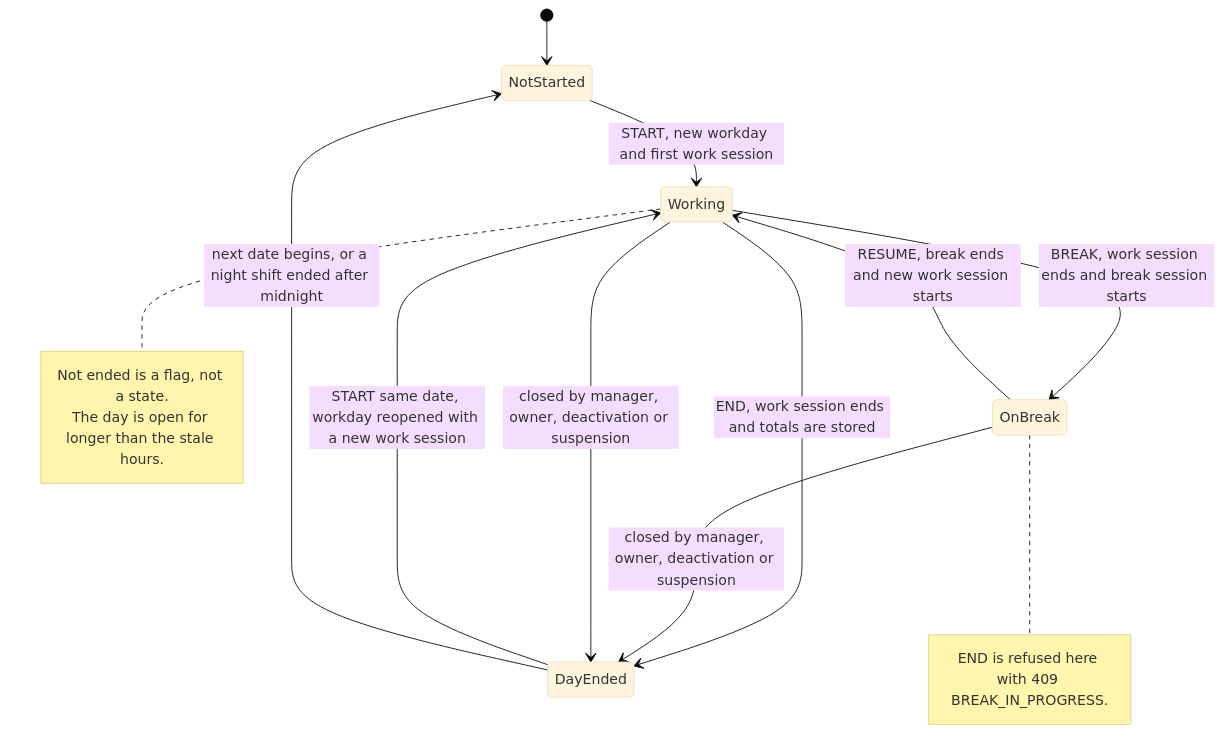
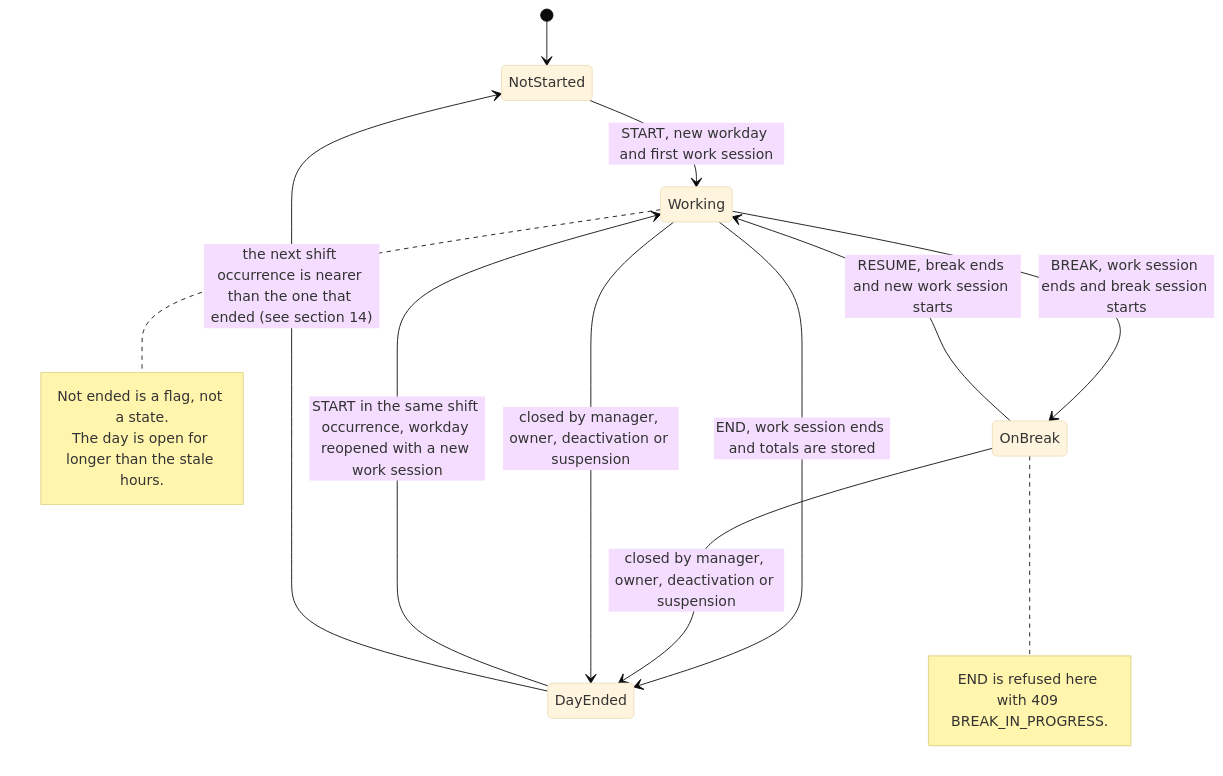
The third of 19 diagrams in references/FLOW-JurisTrack.md (amitjurislpo/juris-track), drawn with Mermaid (base theme) before and after one commit. The commit also changed other lines of this file and 51 other files, not shown here.

Commit message:
Shifts: shift definitions, assignments, roster, night-shift attribution, extra hours (v2.0)

````diff
--- a/references/FLOW-JurisTrack.md
+++ b/references/FLOW-JurisTrack.md
@@ -134,19 +135,19 @@
 ```mermaid
 stateDiagram-v2
     [*] --> NotStarted
     NotStarted --> Working: START, new workday and first work session
     Working --> OnBreak: BREAK, work session ends and break session starts
     OnBreak --> Working: RESUME, break ends and new work session starts
     Working --> DayEnded: END, work session ends and totals are stored
-    DayEnded --> Working: START same date, workday reopened with a new work session
+    DayEnded --> Working: START in the same shift occurrence, workday reopened with a new work session
     OnBreak --> DayEnded: closed by manager, owner, deactivation or suspension
     Working --> DayEnded: closed by manager, owner, deactivation or suspension
-    DayEnded --> NotStarted: next date begins, or a night shift ended after midnight
+    DayEnded --> NotStarted: the next shift occurrence is nearer than the one that ended (see section 14)
     note right of Working
         Not ended is a flag, not a state.
         The day is open for longer than the stale hours.
     end note
     note right of OnBreak
         END is refused here with 409 BREAK_IN_PROGRESS.
     end note
 ```
````
